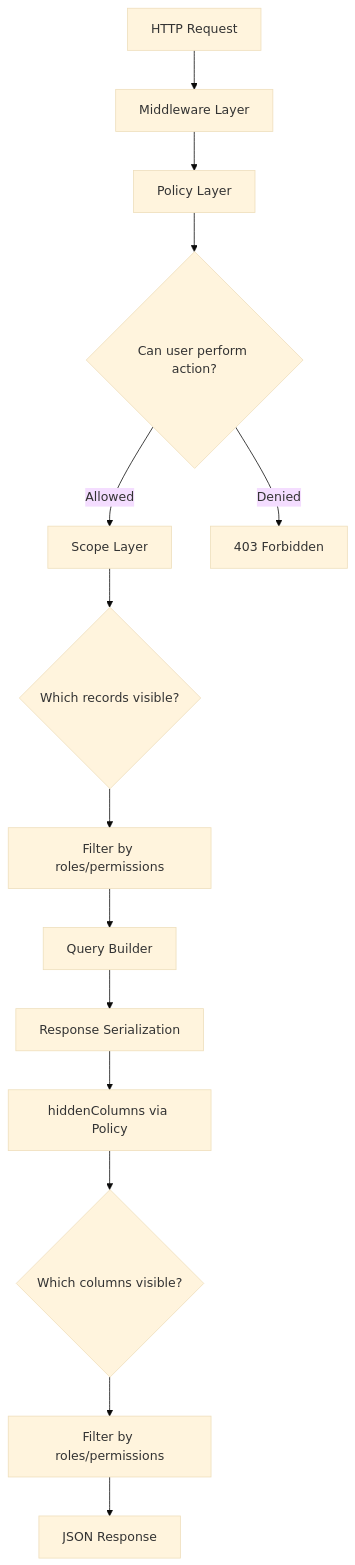
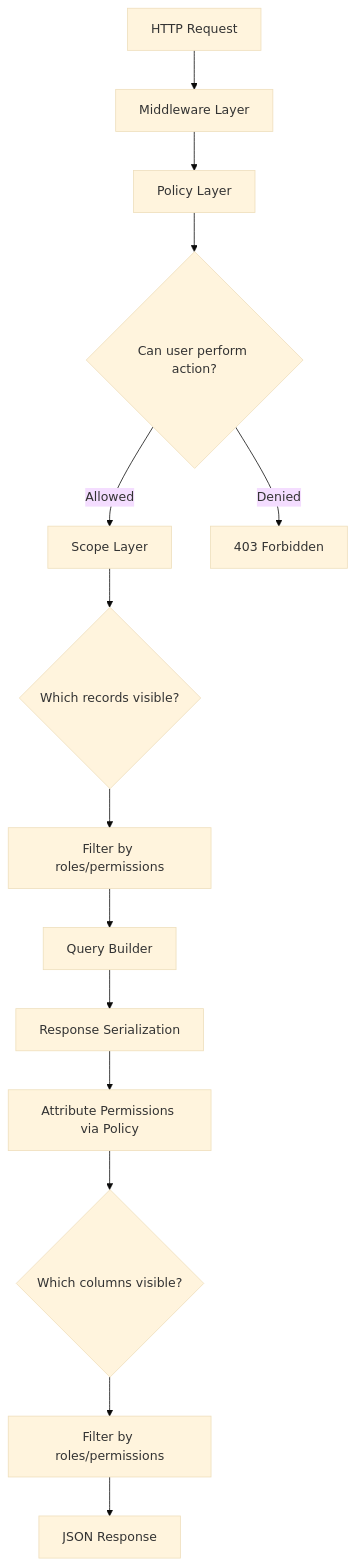
One commit to startsoft-dev/lumina-docs changed the diagram in docs/rails/request-lifecycle.md. Above: the diagram before and after it, drawn with Mermaid (base theme). The commit also changed other lines of this file and 14 other files, not shown here.

````diff
--- a/docs/rails/request-lifecycle.md
+++ b/docs/rails/request-lifecycle.md
@@ -10,16 +10,16 @@
 ```mermaid
 flowchart TD
     A[HTTP Request] --> B[Middleware Layer]
     B --> C[Policy Layer]
     C --> D{Can user perform action?}
     D -->|Allowed| F[Scope Layer]
     D -->|Denied| E[403 Forbidden]
     F --> G{Which records visible?}
     G --> H[Filter by roles/permissions]
     H --> I[Query Builder]
     I --> J[Response Serialization]
-    J --> K[hiddenColumns via Policy]
+    J --> K[Attribute Permissions via Policy]
     K --> L{Which columns visible?}
     L --> M[Filter by roles/permissions]
     M --> N[JSON Response]
 ```
````
